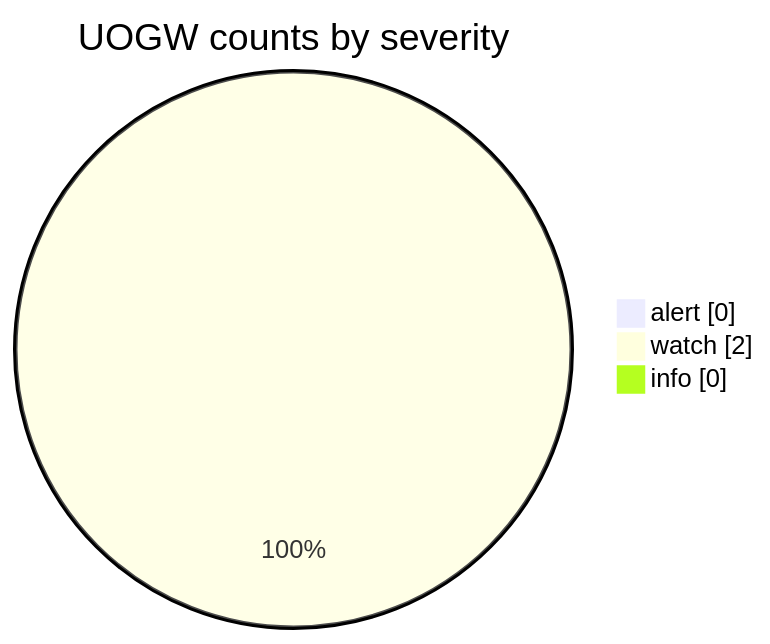
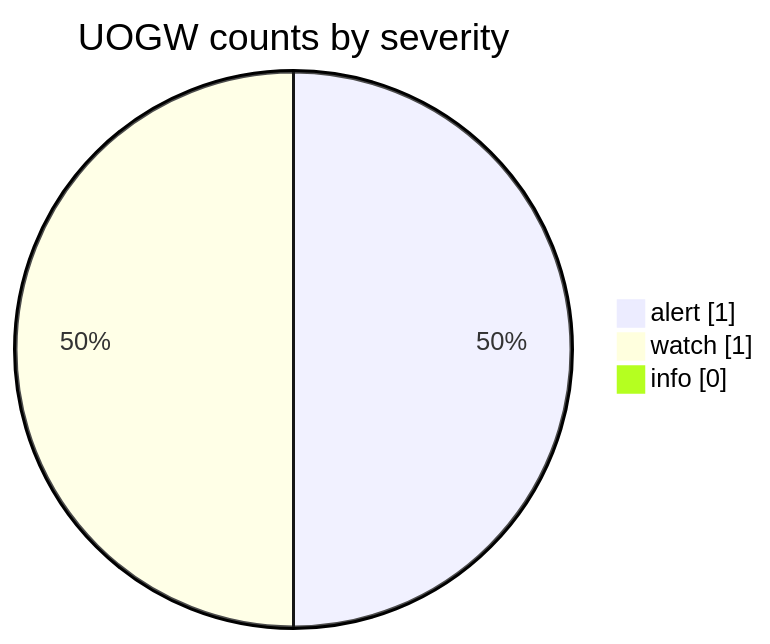
The fourth of 6 diagrams in docs/GRAPHS.md (Midwest-Stratospheric/aerostratospheric-defense-gir), drawn with Mermaid before and after one commit. The commit also changed other lines of this file and 23 other files, not shown here.

````diff
--- a/docs/GRAPHS.md
+++ b/docs/GRAPHS.md
@@ -66,7 +66,7 @@
 ```mermaid
 pie showData
   title UOGW counts by severity
-  "alert" : 0
-  "watch" : 2
+  "alert" : 1
+  "watch" : 1
   "info" : 0
 ```
````
